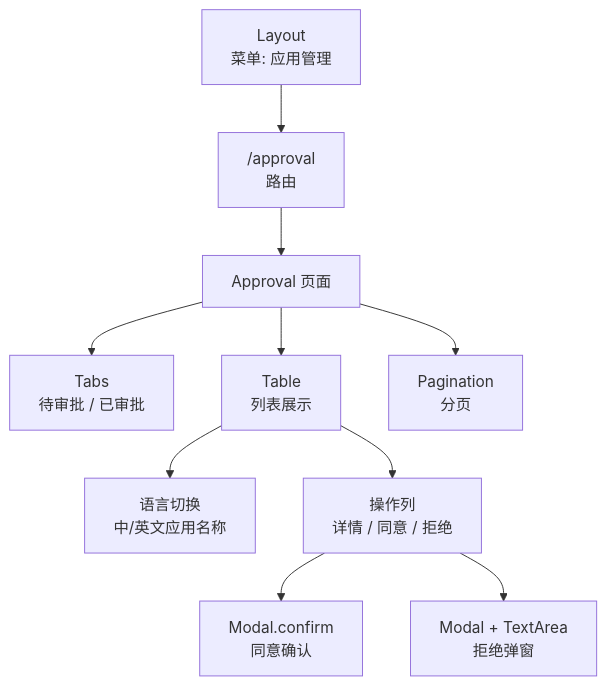
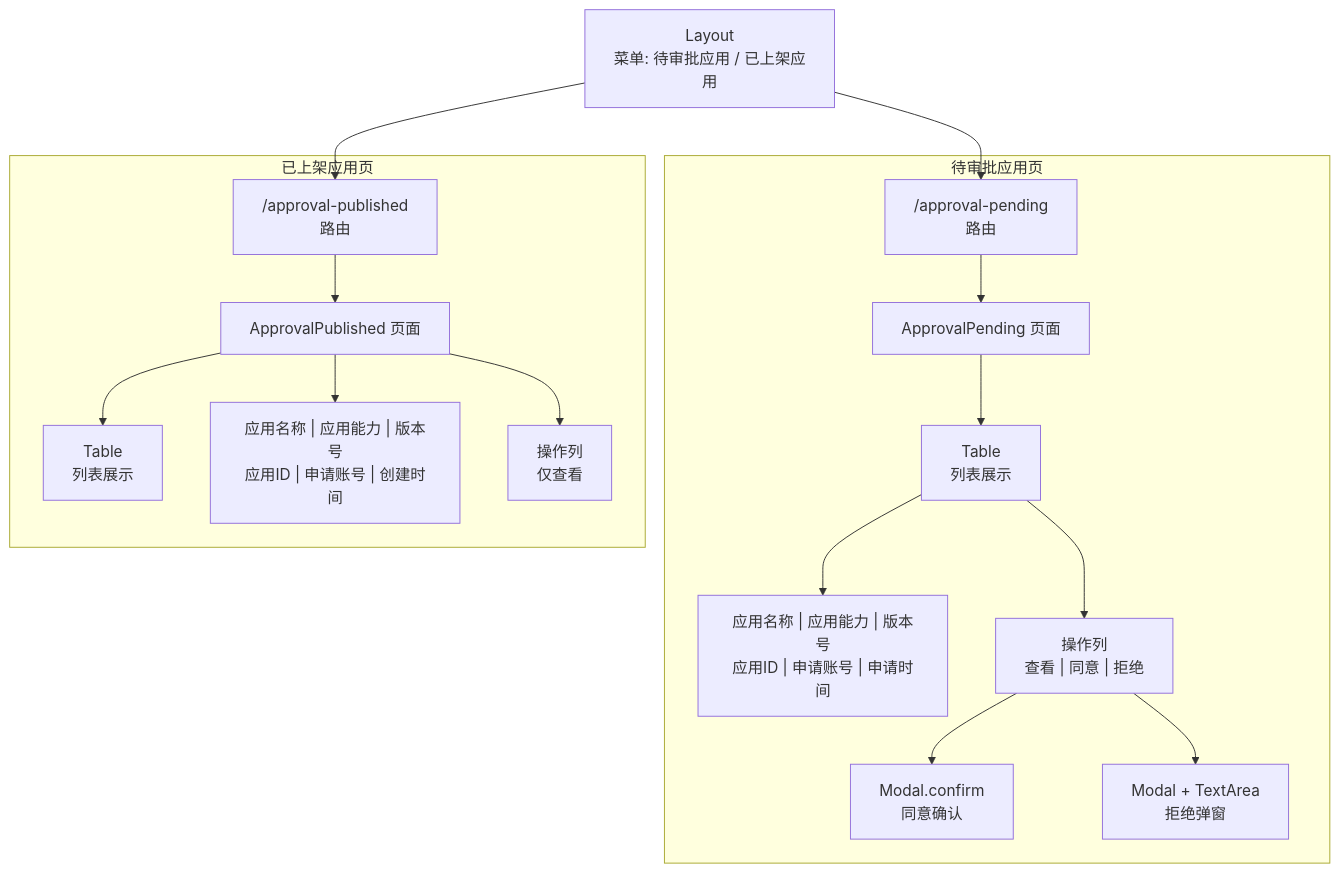
The third of 8 diagrams in docs/market-server/approval-management-requirement.md (THZSummer/open-app), drawn with Mermaid before and after one commit. The commit also changed other lines of this file and 1 other file, not shown here.

````diff
--- a/docs/market-server/approval-management-requirement.md
+++ b/docs/market-server/approval-management-requirement.md
@@ -307,23 +317,35 @@
 ```mermaid
 graph TD
-    layout["Layout<br/>菜单: 应用管理"]
-    route["/approval<br/>路由"]
-    approval["Approval 页面"]
-    tabs["Tabs<br/>待审批 / 已审批"]
-    table["Table<br/>列表展示"]
-    lang["语言切换<br/>中/英文应用名称"]
-    action["操作列<br/>详情 / 同意 / 拒绝"]
-    pagination["Pagination<br/>分页"]
-    confirm["Modal.confirm<br/>同意确认"]
-    reject["Modal + TextArea<br/>拒绝弹窗"]
+    layout["Layout<br/>菜单: 待审批应用 / 已上架应用"]
+    
+    subgraph 待审批应用页
+        route_pending["/approval-pending<br/>路由"]
+        pending["ApprovalPending 页面"]
+        table_pending["Table<br/>列表展示"]
+        col_pending["应用名称 | 应用能力 | 版本号<br/>应用ID | 申请账号 | 申请时间"]
+        action_pending["操作列<br/>查看 | 同意 | 拒绝"]
+        confirm["Modal.confirm<br/>同意确认"]
+        reject["Modal + TextArea<br/>拒绝弹窗"]
+    end
+    
+    subgraph 已上架应用页
+        route_published["/approval-published<br/>路由"]
+        published["ApprovalPublished 页面"]
+        table_published["Table<br/>列表展示"]
+        col_published["应用名称 | 应用能力 | 版本号<br/>应用ID | 申请账号 | 创建时间"]
+        action_published["操作列<br/>仅查看"]
+    end
 
-    layout --> route
-    route --> approval
-    approval --> tabs
-    approval --> table
-    table --> lang
-    table --> action
-    approval --> pagination
-    action --> confirm
-    action --> reject
+    layout --> route_pending
+    layout --> route_published
+    route_pending --> pending
+    route_published --> published
+    pending --> table_pending
+    published --> table_published
+    table_pending --> col_pending
+    table_pending --> action_pending
+    published --> col_published
+    published --> action_published
+    action_pending --> confirm
+    action_pending --> reject
 ```
````
